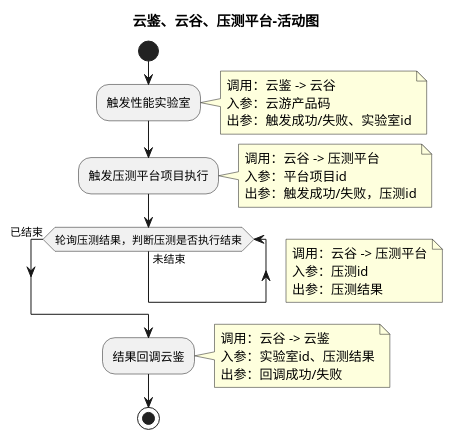
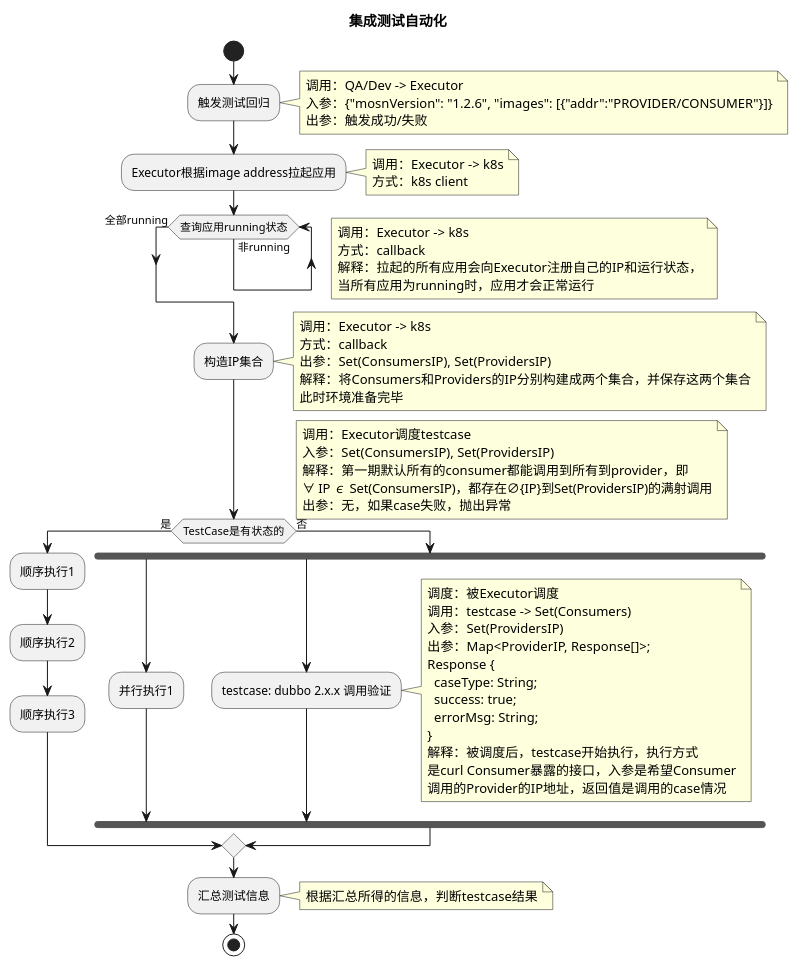
Before and after one commit to Gnosnay/graph-gen: the diagram in plantuml/examples/src/loadtest02.puml, drawn with PlantUML.

Commit message:
feat: add new plantuml demo
\

```diff
--- a/plantuml/examples/src/loadtest02.puml
+++ b/plantuml/examples/src/loadtest02.puml
@@ -1,33 +1,70 @@
 @startuml
 
-title 云鉴、云谷、压测平台-活动图
+title 集成测试自动化
 
 start
-:触发性能实验室;
+:触发测试回归;
 note right
-  调用：云鉴 -> 云谷
-  入参：云游产品码
-  出参：触发成功/失败、实验室id
+  调用：QA/Dev -> Executor
+  入参：{"mosnVersion": "1.2.6", "images": [{"addr":"PROVIDER/CONSUMER"}]}
+  出参：触发成功/失败
 end note
-:触发压测平台项目执行;
+:Executor根据image address拉起应用;
 note right
-  调用：云谷 -> 压测平台
-  入参：平台项目id
-  出参：触发成功/失败，压测id
+  调用：Executor -> k8s
+  方式：k8s client
 end note
-
-while (轮询压测结果，判断压测是否执行结束) is (未结束)
+while (查询应用running状态) is (非running)
 note right
-  调用：云谷 -> 压测平台
-  入参：压测id
-  出参：压测结果
+  调用：Executor -> k8s
+  方式：callback
+  解释：拉起的所有应用会向Executor注册自己的IP和运行状态，
+  当所有应用为running时，应用才会正常运行
 end note
-endwhile (已结束)
-:结果回调云鉴;
+endwhile (全部running)
+:构造IP集合;
 note right
-  调用：云谷 -> 云鉴
-  入参：实验室id、压测结果
-  出参：回调成功/失败
+  调用：Executor -> k8s
+  方式：callback
+  出参：Set(ConsumersIP), Set(ProvidersIP)
+  解释：将Consumers和Providers的IP分别构建成两个集合，并保存这两个集合
+  此时环境准备完毕
+end note
+if (TestCase是有状态的) then (是)
+  :顺序执行1;
+  :顺序执行2;
+  :顺序执行3;
+else (否)
+  fork
+    :并行执行1;
+  fork again
+    :testcase: dubbo 2.x.x 调用验证;
+    note right
+      调度：被Executor调度
+      调用：testcase -> Set(Consumers)
+      入参：Set(ProvidersIP)
+      出参：Map<ProviderIP, Response[]>;
+      Response {
+        caseType: String;
+        success: true;
+        errorMsg: String;
+      }
+      解释：被调度后，testcase开始执行，执行方式
+      是curl Consumer暴露的接口，入参是希望Consumer
+      调用的Provider的IP地址，返回值是调用的case情况
+    end note
+  end fork
+endif
+note right
+  调用：Executor调度testcase
+  入参：Set(ConsumersIP), Set(ProvidersIP)
+  解释：第一期默认所有的consumer都能调用到所有到provider，即
+  ∀ IP ∊ Set(ConsumersIP)，都存在∅{IP}到Set(ProvidersIP)的满射调用
+  出参：无，如果case失败，抛出异常
+end note
+:汇总测试信息;
+note right
+  根据汇总所得的信息，判断testcase结果
 end note
 stop
 @enduml
```
